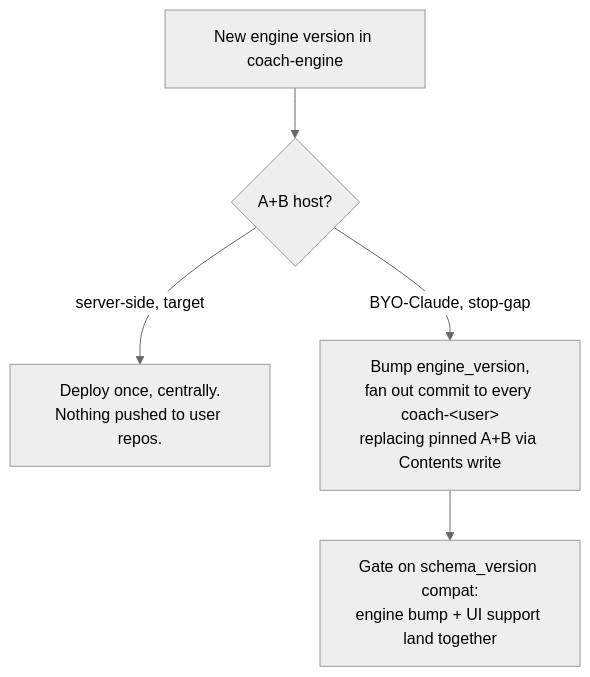
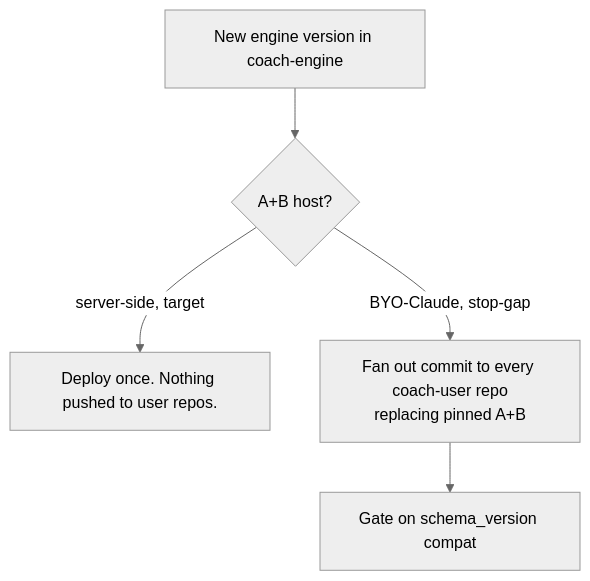
Before and after one commit to coach-phelps-hq/coach-phelps-template: the sixth of 7 diagrams in docs/scaling-plan.md, drawn with Mermaid (neutral theme). The commit also changed other lines of this file, not shown here.

````diff
--- a/docs/scaling-plan.md
+++ b/docs/scaling-plan.md
@@ -303,7 +210,7 @@
 ```mermaid
 flowchart TB
   release["New engine version in coach-engine"] --> decide{"A+B host?"}
-  decide -->|server-side, target| free["Deploy once, centrally.<br/>Nothing pushed to user repos."]
-  decide -->|BYO-Claude, stop-gap| fanout["Bump engine_version,<br/>fan out commit to every coach-&lt;user&gt;<br/>replacing pinned A+B via Contents write"]
-  fanout --> gate["Gate on schema_version compat:<br/>engine bump + UI support land together"]
+  decide -->|server-side, target| free["Deploy once. Nothing pushed to user repos."]
+  decide -->|BYO-Claude, stop-gap| fanout["Fan out commit to every coach-user repo<br/>replacing pinned A+B"]
+  fanout --> gate["Gate on schema_version compat"]
 ```
````
